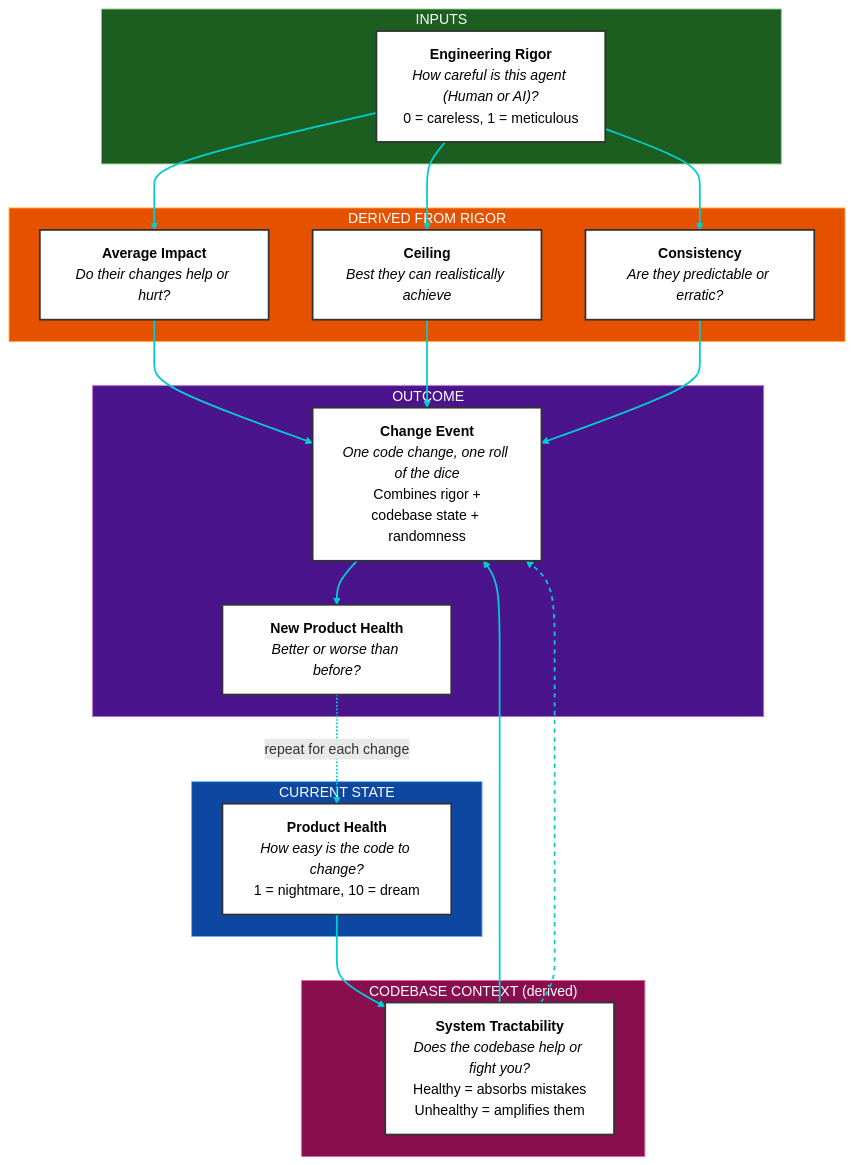
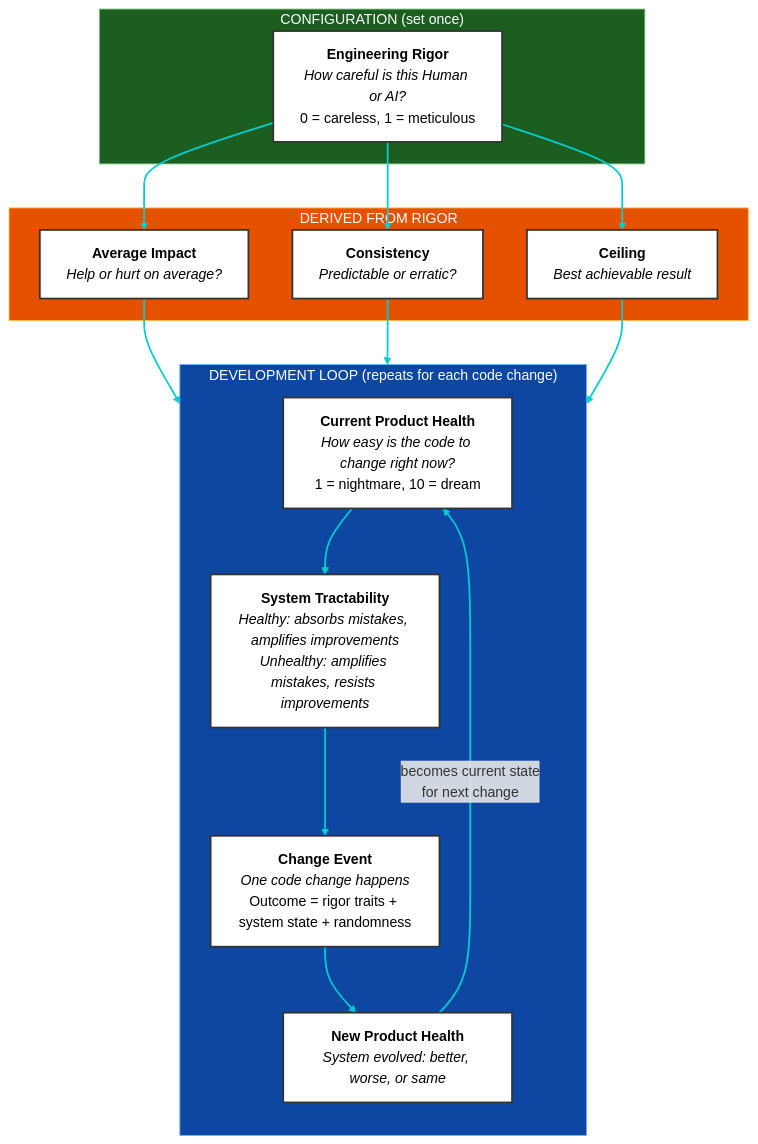
Before and after one commit to dawid-dahl-umain/product-health-dynamics: the diagram in model.mermaid, drawn with Mermaid. The commit also changed 12 other files, not shown here.

Commit message:
feat: implement new simulation models for senior engineers and AI vibe coders, enhancing product health dynamics with bell-curve sigma scaling and variance attenuation; update README and mermaid diagram for clarity

```diff
--- a/model.mermaid
+++ b/model.mermaid
@@ -1,46 +1,40 @@
-flowchart TD
-    subgraph inputs ["INPUTS"]
-        ER["<b>Engineering Rigor</b><br/><i>How careful is this agent (Human or AI)?</i><br/>0 = careless, 1 = meticulous"]
+flowchart TB
+    subgraph config ["CONFIGURATION (set once)"]
+        ER["<b>Engineering Rigor</b><br/><i>How careful is this Human or AI?</i><br/>0 = careless, 1 = meticulous"]
     end
 
-    subgraph state ["CURRENT STATE"]
-        PH["<b>Product Health</b><br/><i>How easy is the code to change?</i><br/>1 = nightmare, 10 = dream"]
+    subgraph derived ["DERIVED FROM RIGOR"]
+        BI["<b>Average Impact</b><br/><i>Help or hurt on average?</i>"]
+        BS["<b>Consistency</b><br/><i>Predictable or erratic?</i>"]
+        MH["<b>Ceiling</b><br/><i>Best achievable result</i>"]
     end
 
-    subgraph traits ["DERIVED FROM RIGOR"]
-        BI["<b>Average Impact</b><br/><i>Do their changes help or hurt?</i>"]
-        BS["<b>Consistency</b><br/><i>Are they predictable or erratic?</i>"]
-        MH["<b>Ceiling</b><br/><i>Best they can realistically achieve</i>"]
-    end
+    subgraph loop ["DEVELOPMENT LOOP (repeats for each code change)"]
+        direction TB
+        
+        PH["<b>Current Product Health</b><br/><i>How easy is the code to change right now?</i><br/>1 = nightmare, 10 = dream"]
+        
+        SS["<b>System Tractability</b><br/><i>Healthy: absorbs mistakes, amplifies improvements</i><br/><i>Unhealthy: amplifies mistakes, resists improvements</i>"]
+        
+        CE["<b>Change Event</b><br/><i>One code change happens</i><br/>Outcome = rigor traits + system state + randomness"]
+        
+        NPH["<b>New Product Health</b><br/><i>System evolved: better, worse, or same</i>"]
 
-    subgraph context ["CODEBASE CONTEXT (derived)"]
-        SS["<b>System Tractability</b><br/><i>Does the codebase help or fight you?</i><br/>Healthy = absorbs mistakes<br/>Unhealthy = amplifies them"]
-    end
-
-    subgraph outcome ["OUTCOME"]
-        CE["<b>Change Event</b><br/><i>One code change, one roll of the dice</i><br/>Combines rigor +<br/>codebase state + randomness"]
-        NPH["<b>New Product Health</b><br/><i>Better or worse than before?</i>"]
+        PH --> SS
+        SS --> CE
+        CE --> NPH
+        NPH -->|"becomes current state<br/>for next change"| PH
     end
 
     ER --> BI & BS & MH
-    PH --> SS
-    BI & SS & MH --> CE
-    BS & SS --> CE
-    CE --> NPH
-    NPH -.->|"repeat for each change"| PH
+    BI & BS & MH --> CE
 
-    %% Darker backgrounds for better contrast with white text
-    style inputs fill:#1b5e20,stroke:#81c784,color:#fff
-    style state fill:#0d47a1,stroke:#64b5f6,color:#fff
-    style traits fill:#e65100,stroke:#ffb74d,color:#fff
-    style context fill:#880e4f,stroke:#f06292,color:#fff
-    style outcome fill:#4a148c,stroke:#ba68c8,color:#fff
+    %% Styling
+    style config fill:#1b5e20,stroke:#81c784,color:#fff
+    style derived fill:#e65100,stroke:#ffb74d,color:#fff
+    style loop fill:#0d47a1,stroke:#64b5f6,color:#fff
 
-    %% Explicitly style nodes for clarity
     classDef nodeStyle fill:#fff,stroke:#333,color:#000,stroke-width:2px
     class ER,PH,BI,BS,MH,SS,CE,NPH nodeStyle
 
-    %% High-contrast arrows (cyan) to distinguish from white/black text
     linkStyle default stroke:#00ced1,stroke-width:2px
-    %% Feedback loop styling
-    linkStyle 8 stroke:#00ced1,stroke-width:2px,stroke-dasharray: 5 5,color:#00ced1
```
